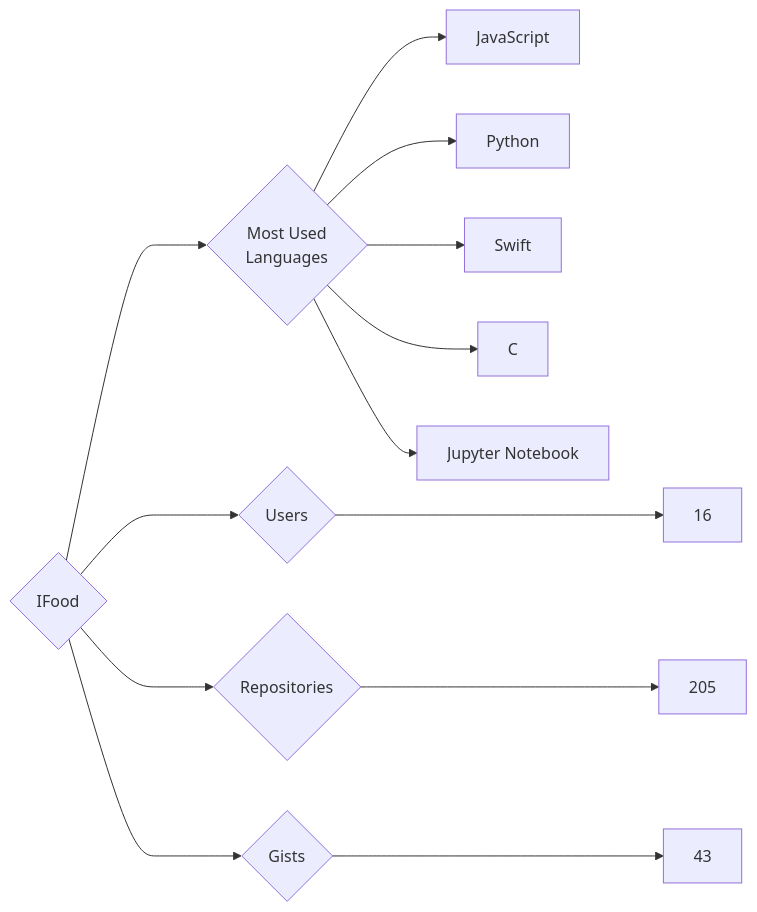
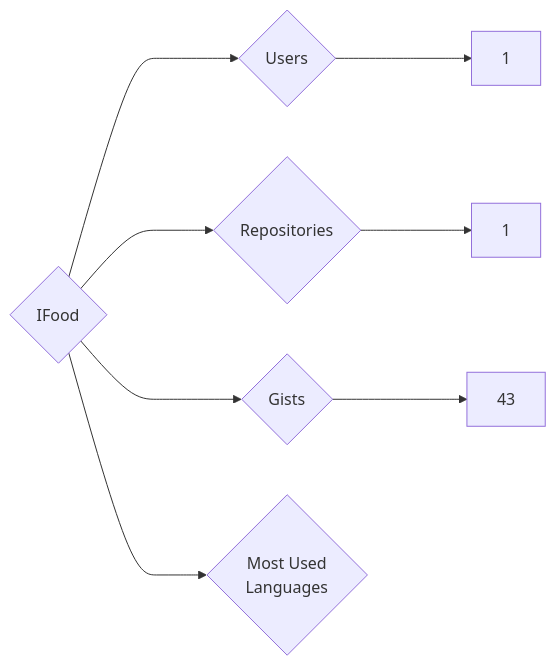
One commit to trickest/insiders changed the diagram in targets/IFood/README.md. Above: the diagram before and after it, drawn with Mermaid. The commit also changed 857 other files, not shown here.

````diff
--- a/targets/IFood/README.md
+++ b/targets/IFood/README.md
@@ -3,13 +3,8 @@
 ```mermaid
 graph LR
 COMPANY_NAME{IFood}
-COMPANY_NAME ---> U{Users} ---> UN[16]
-COMPANY_NAME ---> R{Repositories} ---> RN[205]
+COMPANY_NAME ---> U{Users} ---> UN[1]
+COMPANY_NAME ---> R{Repositories} ---> RN[1]
 COMPANY_NAME ---> G{Gists} ---> GN[43]
 COMPANY_NAME ---> ML{Most Used<br>Languages}
-ML --> JavaScript[JavaScript]
-ML --> Python[Python]
-ML --> Swift[Swift]
-ML --> C[C]
-ML --> Jupyter_Notebook[Jupyter Notebook]
 ```
````
